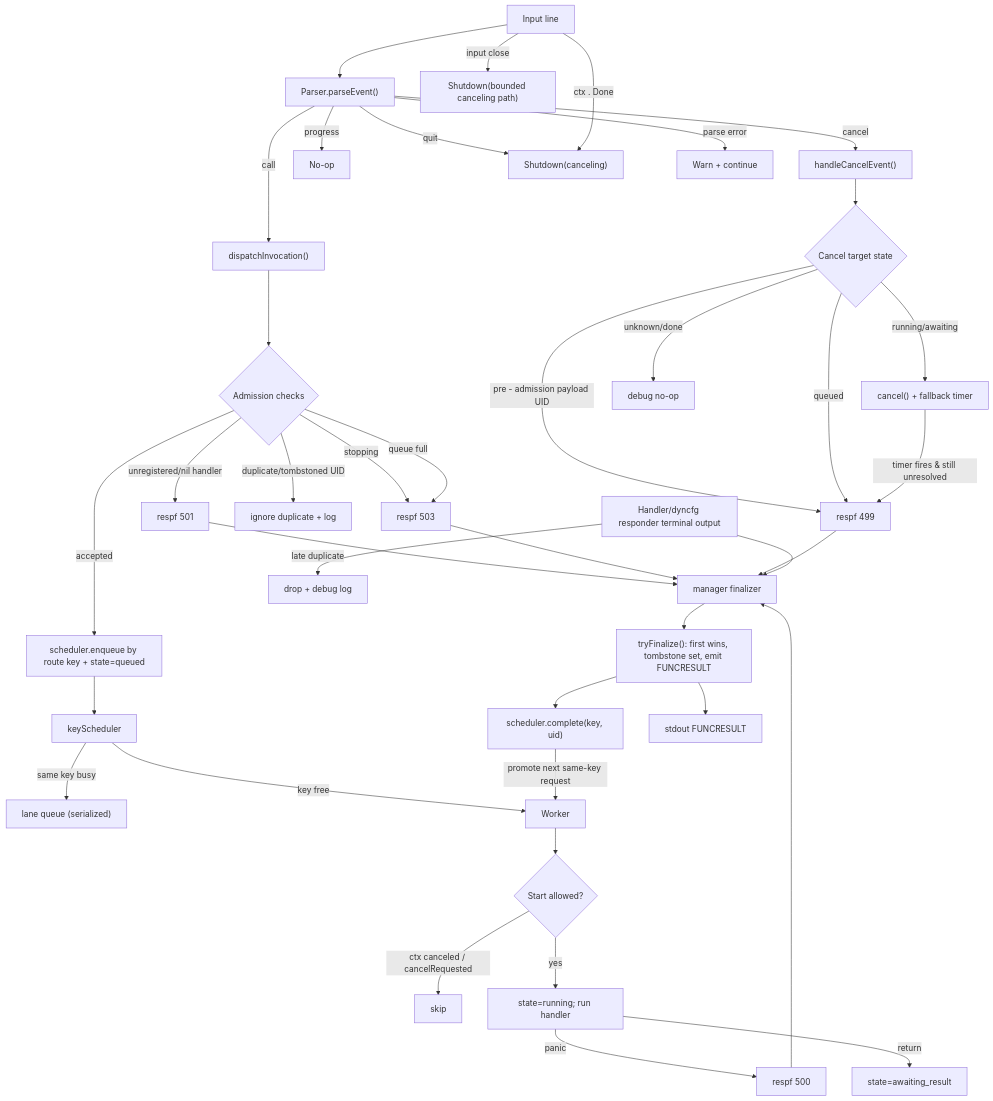
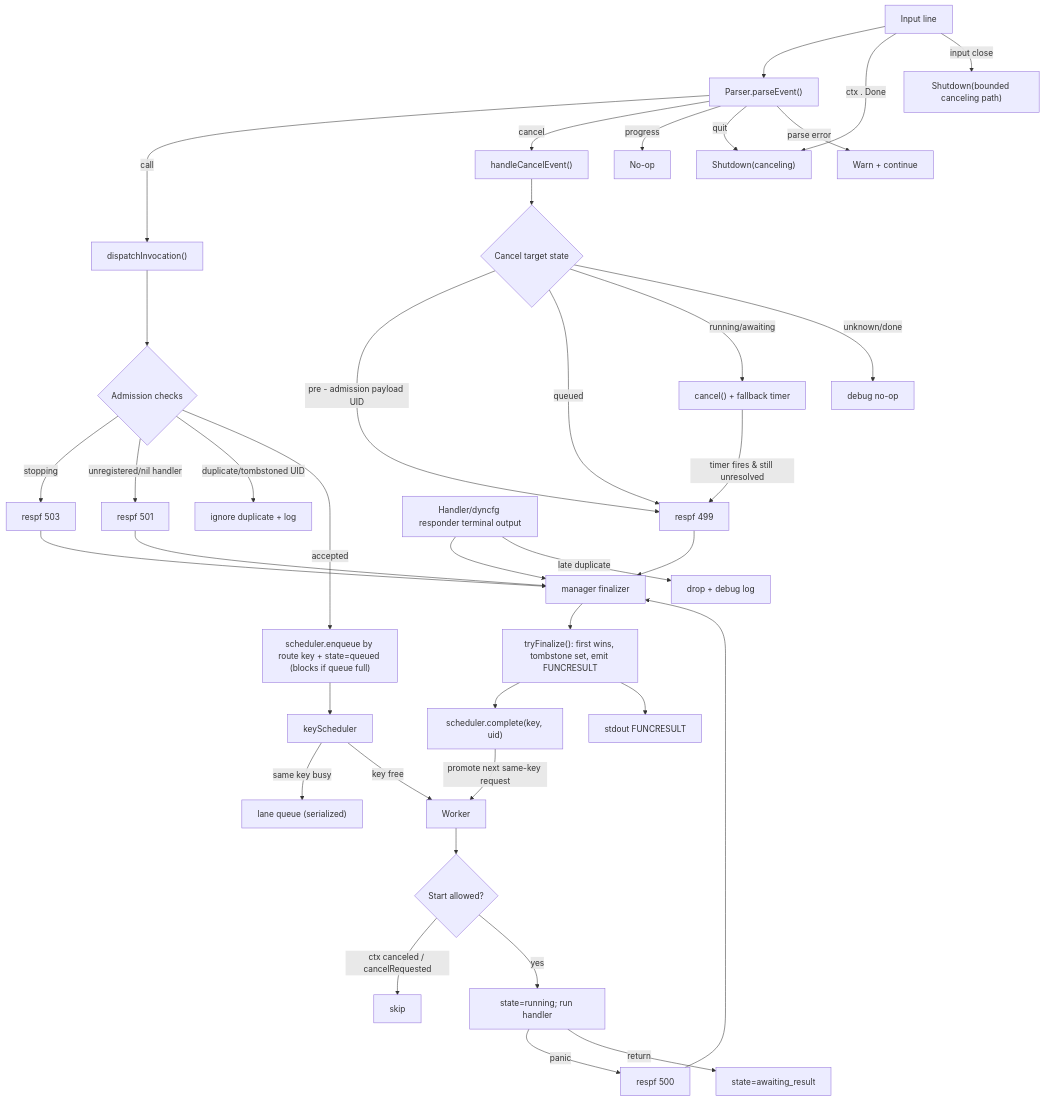
Before and after one commit to netdata/netdata: the diagram in src/go/plugin/framework/functions/README.md, drawn with Mermaid. The commit also changed other lines of this file and 13 other files, not shown here.

````diff
--- a/src/go/plugin/framework/functions/README.md
+++ b/src/go/plugin/framework/functions/README.md
@@ -179,41 +178,40 @@
 ```mermaid
 flowchart TD
     A["Input line"] --> B["Parser.parseEvent()"]
     B -->|call| C["dispatchInvocation()"]
     B -->|cancel| D["handleCancelEvent()"]
     B -->|progress| E["No-op"]
     B -->|quit| F["Shutdown(canceling)"]
     B -->|parse error| G["Warn + continue"]
     C --> C1{"Admission checks"}
     C1 -->|stopping| R503["respf 503"]
     C1 -->|unregistered/nil handler| R501["respf 501"]
     C1 -->|duplicate/tombstoned UID| DUP["ignore duplicate + log"]
-    C1 -->|queue full| R503
-    C1 -->|accepted| Q["scheduler.enqueue by route key + state=queued"]
+    C1 -->|accepted| Q["scheduler.enqueue by route key + state=queued (blocks if queue full)"]
     Q --> S["keyScheduler"]
     S -->|same key busy| SQ["lane queue (serialized)"]
     S -->|key free| W["Worker"]
     W --> W1{"Start allowed?"}
     W1 -->|ctx canceled / cancelRequested| X["skip"]
     W1 -->|yes| W2["state=running; run handler"]
     W2 -->|panic| R500["respf 500"]
     W2 -->|return| AWAIT["state=awaiting_result"]
     D --> D1{"Cancel target state"}
     D1 -->|pre - admission payload UID| C499["respf 499"]
     D1 -->|queued| C499
     D1 -->|running/awaiting| TMR["cancel() + fallback timer"]
     D1 -->|unknown/done| NOP["debug no-op"]
     TMR -->|timer fires & still unresolved| C499
     R501 --> FIN["manager finalizer"]
     R503 --> FIN
     R500 --> FIN
     C499 --> FIN
     HRESP["Handler/dyncfg responder terminal output"] --> FIN
     FIN --> TF["tryFinalize(): first wins, tombstone set, emit FUNCRESULT"]
     TF --> SREL["scheduler.complete(key, uid)"]
     SREL -->|promote next same-key request| W
     TF --> OUT["stdout FUNCRESULT"]
     HRESP -->|late duplicate| DROP["drop + debug log"]
     A -->|ctx . Done| F
     A -->|input close| F2["Shutdown(bounded canceling path)"]
 ```
````
